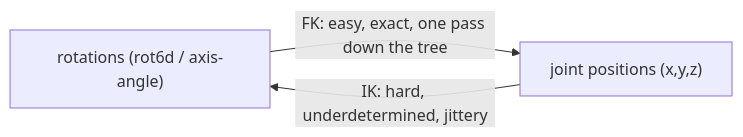
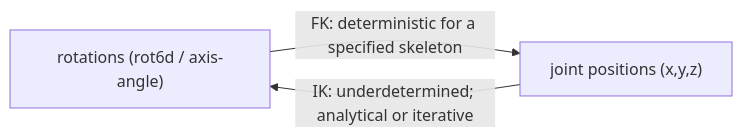
Before and after one commit to CatalinButacu/GenAI-Text2Motion: the second of 2 diagrams in doc/notes/lessons/01-pose-joints-and-rotations.md, drawn with Mermaid. The commit also changed other lines of this file and 24 other files, not shown here.

````diff
--- a/doc/notes/lessons/01-pose-joints-and-rotations.md
+++ b/doc/notes/lessons/01-pose-joints-and-rotations.md
@@ -203,5 +321,5 @@
 ```mermaid
 flowchart LR
-  ROT["rotations (rot6d / axis-angle)"] -->|"FK: easy, exact, one pass down the tree"| POS["joint positions (x,y,z)"]
-  POS -->|"IK: hard, underdetermined, jittery"| ROT
+  ROT["rotations (rot6d / axis-angle)"] -->|"FK: deterministic for a specified skeleton"| POS["joint positions (x,y,z)"]
+  POS -->|"IK: underdetermined; analytical or iterative"| ROT
 ```
````
